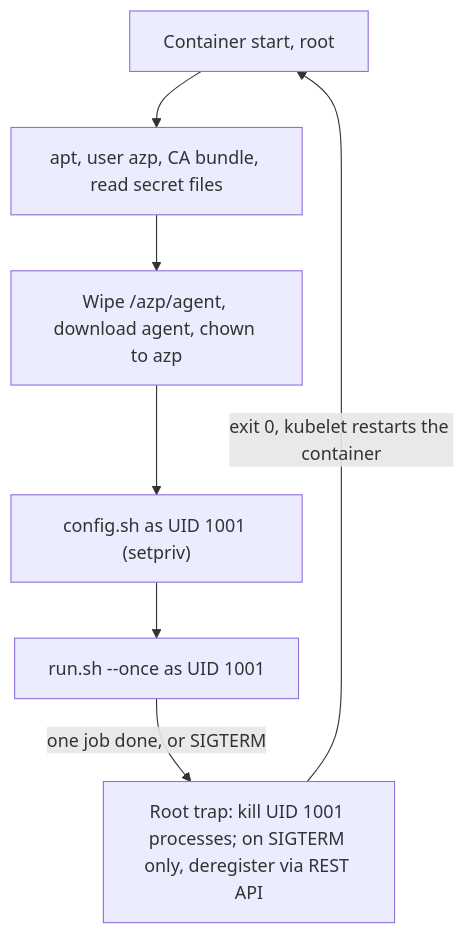
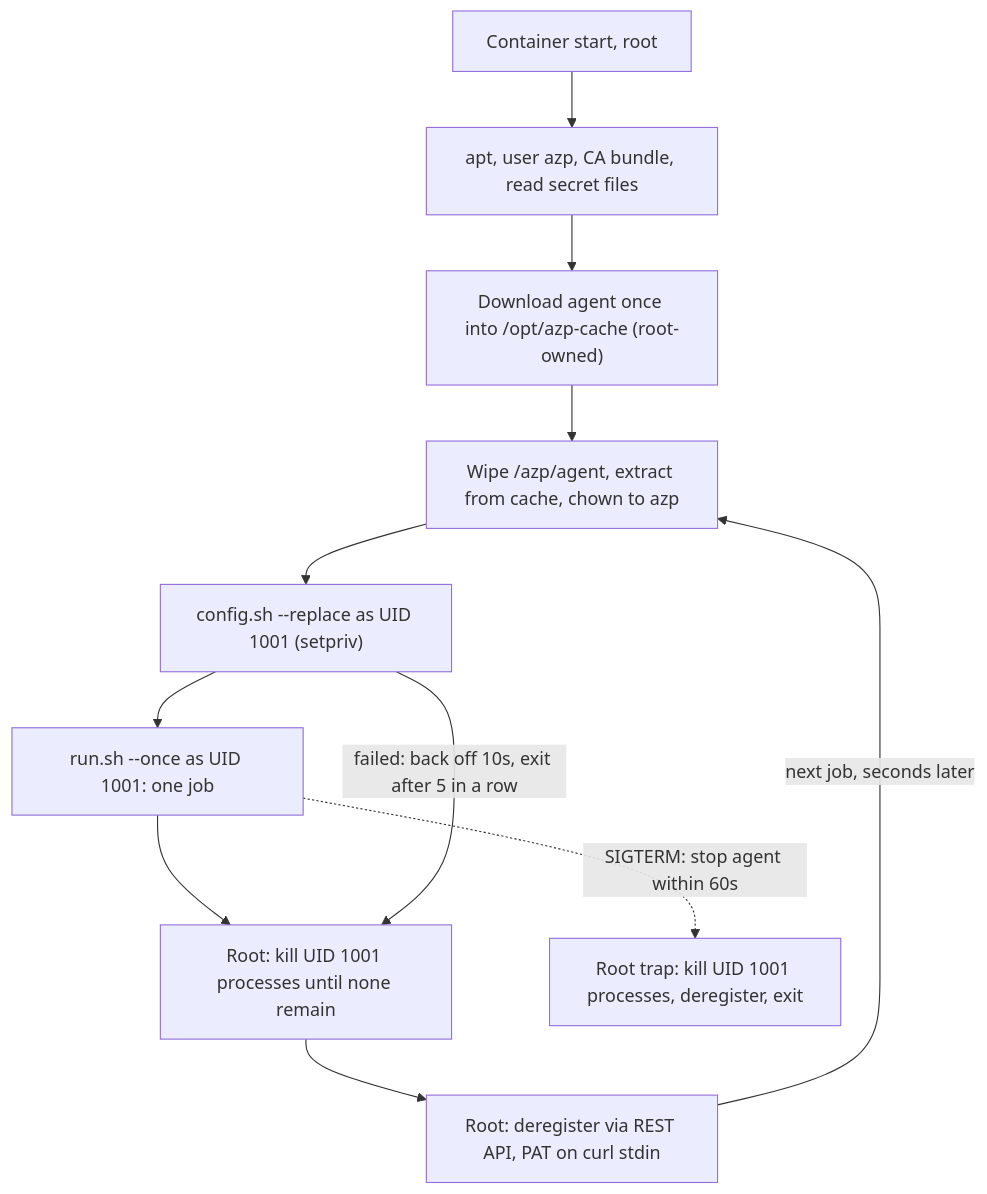
Before and after one commit to glimpsovstar/tfc-workflow-azdo: the first of 2 diagrams in lab/azdo-agent/README.md, drawn with Mermaid. The commit also changed other lines of this file and 2 other files, not shown here.

Commit message:
Lab agent: deregister after every job and re-register inside the pod (no container restart or kubelet back-off), two replicas with a rolling update and readiness probe so the pool stays non-empty

````diff
--- a/lab/azdo-agent/README.md
+++ b/lab/azdo-agent/README.md
@@ -79,9 +86,13 @@
 ```mermaid
 flowchart TD
   start["Container start, root"] --> setup["apt, user azp, CA bundle, read secret files"]
-  setup --> wipe["Wipe /azp/agent, download agent, chown to azp"]
-  wipe --> config["config.sh as UID 1001 (setpriv)"]
-  config --> run["run.sh --once as UID 1001"]
-  run -->|"one job done, or SIGTERM"| cleanup["Root trap: kill UID 1001 processes; on SIGTERM only, deregister via REST API"]
-  cleanup -->|"exit 0, kubelet restarts the container"| start
+  setup --> cache["Download agent once into /opt/azp-cache (root-owned)"]
+  cache --> wipe["Wipe /azp/agent, extract from cache, chown to azp"]
+  wipe --> config["config.sh --replace as UID 1001 (setpriv)"]
+  config --> run["run.sh --once as UID 1001: one job"]
+  run --> kill["Root: kill UID 1001 processes until none remain"]
+  kill --> dereg["Root: deregister via REST API, PAT on curl stdin"]
+  dereg -->|"next job, seconds later"| wipe
+  config -->|"failed: back off 10s, exit after 5 in a row"| kill
+  run -.->|"SIGTERM: stop agent within 60s"| stop["Root trap: kill UID 1001 processes, deregister, exit"]
 ```
````
